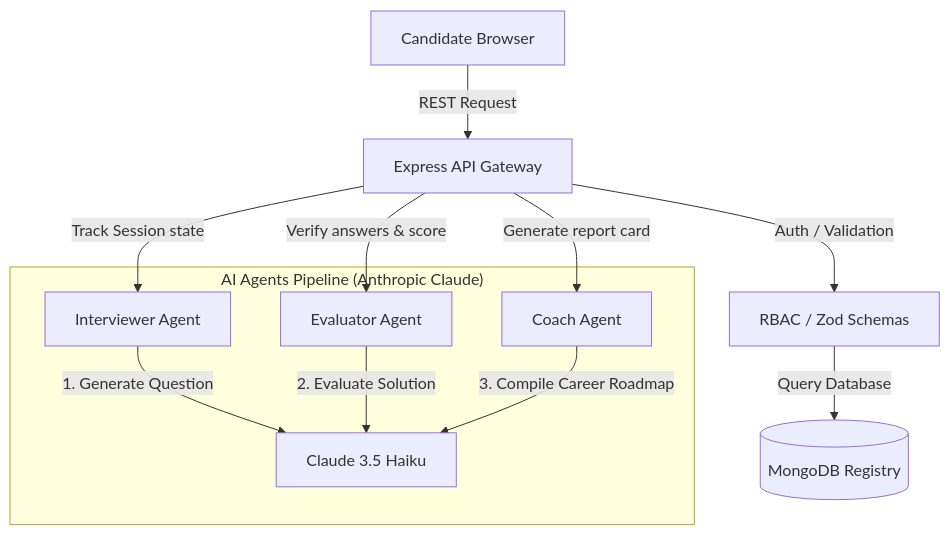
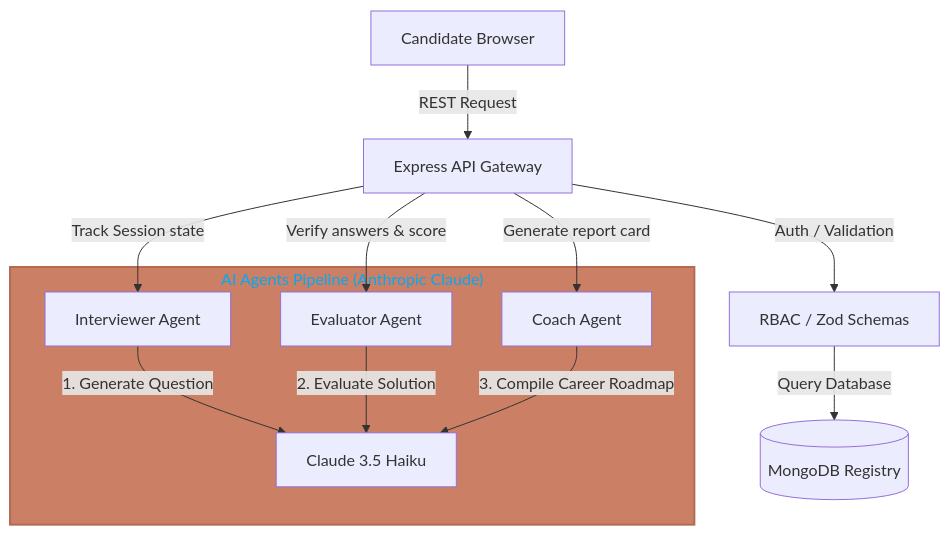
Before and after one commit to Ayush-yash/devops-interview-: the diagram in README.md, drawn with Mermaid. The commit also changed other lines of this file, not shown here.

Commit message:
Style Mermaid diagram to match requested theme

````diff
--- a/README.md
+++ b/README.md
@@ -11,16 +11,18 @@
 ```mermaid
 graph TD
     Client[Candidate Browser] -->|REST Request| Express[Express API Gateway]
     Express -->|Auth / Validation| Middleware[RBAC / Zod Schemas]
     Middleware -->|Query Database| MongoDB[(MongoDB Registry)]
     
     subgraph Pipeline ["AI Agents Pipeline (Anthropic Claude)"]
         Interviewer[Interviewer Agent] -->|1. Generate Question| Claude[Claude 3.5 Haiku]
         Evaluator[Evaluator Agent] -->|2. Evaluate Solution| Claude
         Coach[Coach Agent] -->|3. Compile Career Roadmap| Claude
     end
+    
+    style Pipeline fill:#cb7f65,stroke:#b36b52,stroke-width:2px,color:#03A9F4
 
     Express -->|Track Session state| Interviewer
     Express -->|Verify answers & score| Evaluator
     Express -->|Generate report card| Coach
 ```
````
